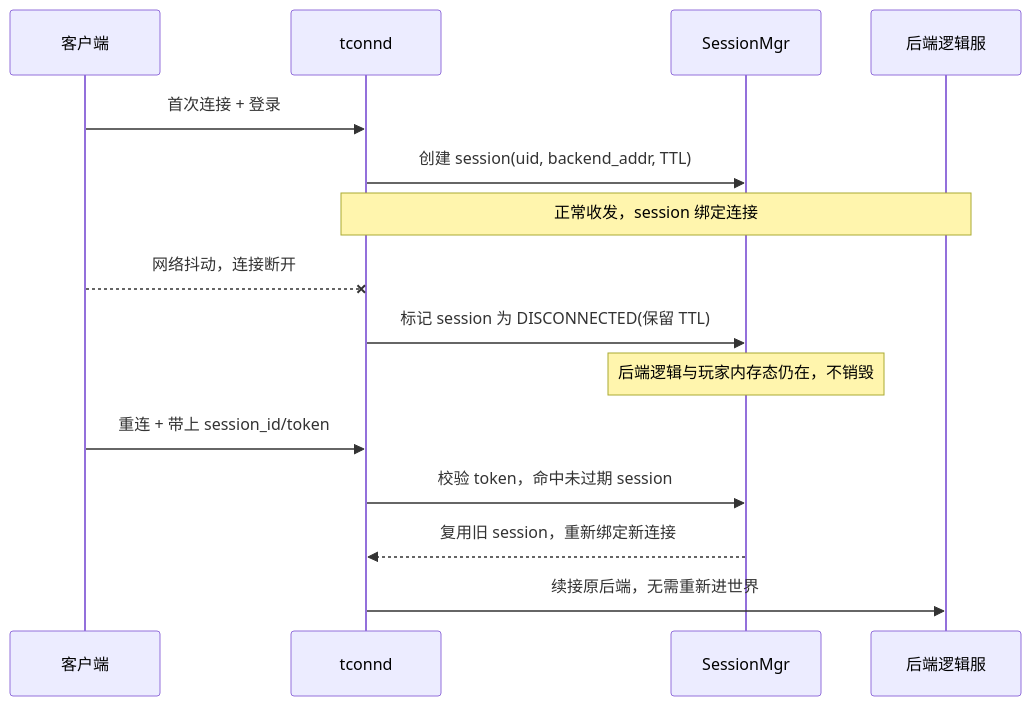
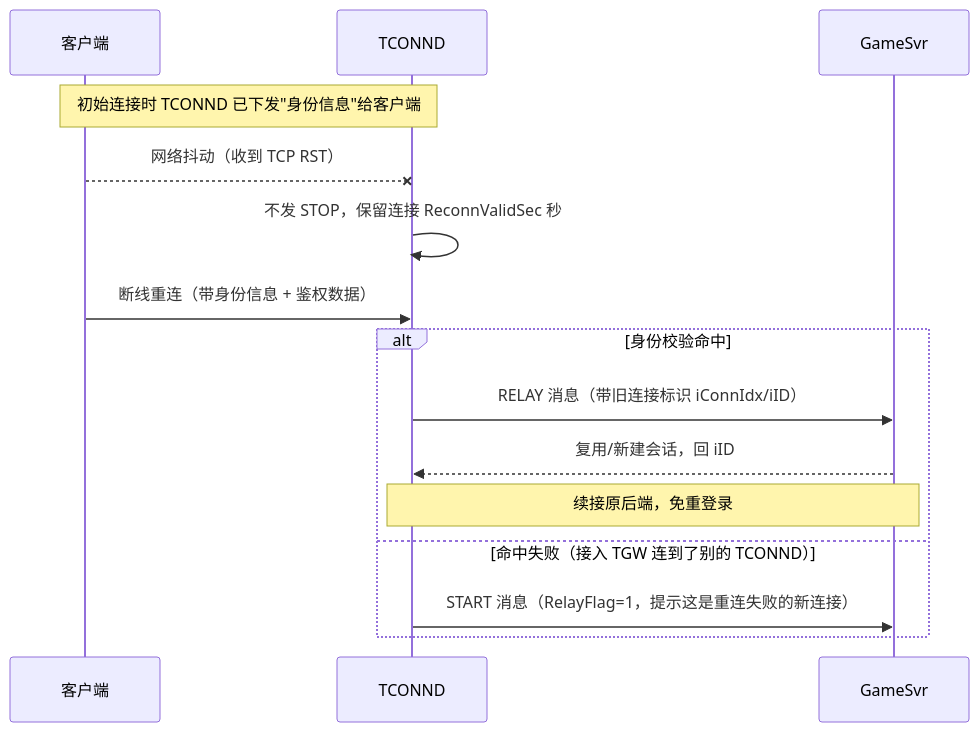
The third of 4 diagrams in docs/game-infra/tconnd.md (m9rco/interview), drawn with Mermaid before and after one commit. The commit also changed other lines of this file and 3 other files, not shown here.

````diff
--- a/docs/game-infra/tconnd.md
+++ b/docs/game-infra/tconnd.md
@@ -94,17 +134,17 @@
 ```mermaid
 sequenceDiagram
   participant C as 客户端
-  participant T as tconnd
-  participant S as SessionMgr
-  participant B as 后端逻辑服
-  C->>T: 首次连接 + 登录
-  T->>S: 创建 session(uid, backend_addr, TTL)
-  Note over T,B: 正常收发，session 绑定连接
-  C--xT: 网络抖动，连接断开
-  T->>S: 标记 session 为 DISCONNECTED(保留 TTL)
-  Note over S: 后端逻辑与玩家内存态仍在，不销毁
-  C->>T: 重连 + 带上 session_id/token
-  T->>S: 校验 token，命中未过期 session
-  S-->>T: 复用旧 session，重新绑定新连接
-  T->>B: 续接原后端，无需重新进世界
+  participant T as TCONND
+  participant G as GameSvr
+  Note over C,T: 初始连接时 TCONND 已下发"身份信息"给客户端
+  C--xT: 网络抖动（收到 TCP RST）
+  T->>T: 不发 STOP，保留连接 ReconnValidSec 秒
+  C->>T: 断线重连（带身份信息 + 鉴权数据）
+  alt 身份校验命中
+    T->>G: RELAY 消息（带旧连接标识 iConnIdx/iID）
+    G-->>T: 复用/新建会话，回 iID
+    Note over T,G: 续接原后端，免重登录
+  else 命中失败（接入 TGW 连到了别的 TCONND）
+    T->>G: START 消息（RelayFlag=1，提示这是重连失败的新连接）
+  end
 ```
````
